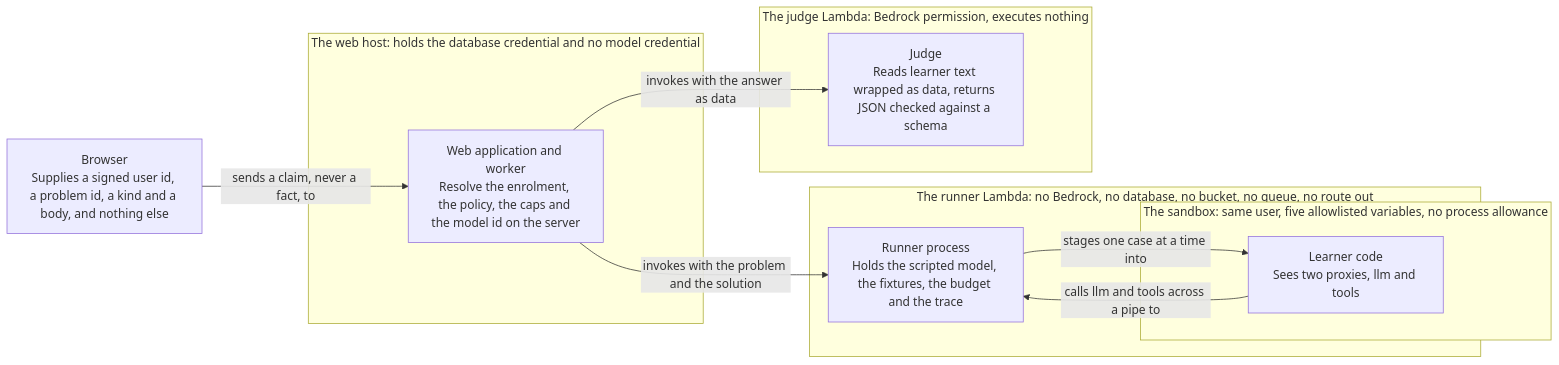
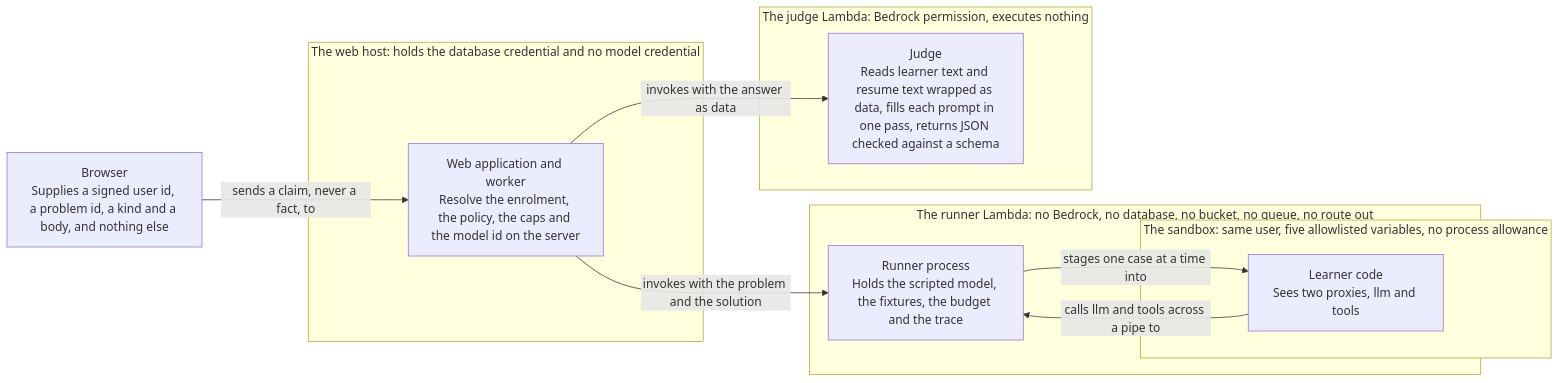
One commit to fde-academy-lab/fdeprep changed the sixth of 12 diagrams in README.md. Above: the diagram before and after it, drawn with Mermaid. The commit also changed other lines of this file and 14 other files, not shown here.

````diff
--- a/README.md
+++ b/README.md
@@ -394,21 +409,21 @@
 ```mermaid
 flowchart LR
   browser["Browser<br/>Supplies a signed user id, a problem id, a kind and a body, and nothing else"]
   subgraph host["The web host: holds the database credential and no model credential"]
     web["Web application and worker<br/>Resolve the enrolment, the policy, the caps and the model id on the server"]
   end
   subgraph runnerb["The runner Lambda: no Bedrock, no database, no bucket, no queue, no route out"]
     harness["Runner process<br/>Holds the scripted model, the fixtures, the budget and the trace"]
     subgraph sandbox["The sandbox: same user, five allowlisted variables, no process allowance"]
       code["Learner code<br/>Sees two proxies, llm and tools"]
     end
   end
   subgraph judgeb["The judge Lambda: Bedrock permission, executes nothing"]
-    judge["Judge<br/>Reads learner text wrapped as data, returns JSON checked against a schema"]
+    judge["Judge<br/>Reads learner text and resume text wrapped as data, fills each prompt in one pass, returns JSON checked against a schema"]
   end
   browser -->|"sends a claim, never a fact, to"| web
   web -->|"invokes with the problem and the solution"| harness
   harness -->|"stages one case at a time into"| code
   code -->|"calls llm and tools across a pipe to"| harness
   web -->|"invokes with the answer as data"| judge
 ```
````
